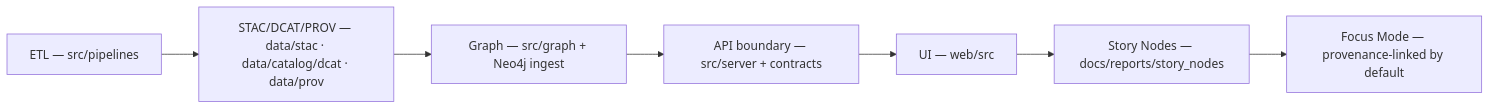
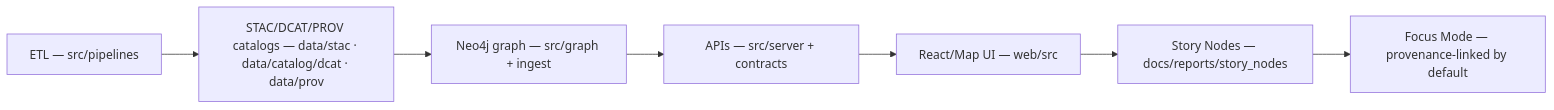
Before and after one commit to bartytime4life/Kansas-Frontier-Matrix: the first of 2 diagrams in web/src/README.md, drawn with Mermaid. The commit also changed other lines of this file, not shown here.

```diff
--- a/web/src/README.md
+++ b/web/src/README.md
@@ -213,9 +237,9 @@
 ~~~mermaid
 flowchart LR
-  A["ETL — src/pipelines"] --> B["STAC/DCAT/PROV — data/stac · data/catalog/dcat · data/prov"]
-  B --> C["Graph — src/graph + Neo4j ingest"]
-  C --> D["API boundary — src/server + contracts"]
-  D --> E["UI — web/src"]
+  A["ETL — src/pipelines"] --> B["STAC/DCAT/PROV catalogs — data/stac · data/catalog/dcat · data/prov"]
+  B --> C["Neo4j graph — src/graph + ingest"]
+  C --> D["APIs — src/server + contracts"]
+  D --> E["React/Map UI — web/src"]
   E --> F["Story Nodes — docs/reports/story_nodes"]
   F --> G["Focus Mode — provenance-linked by default"]
 ~~~
```
